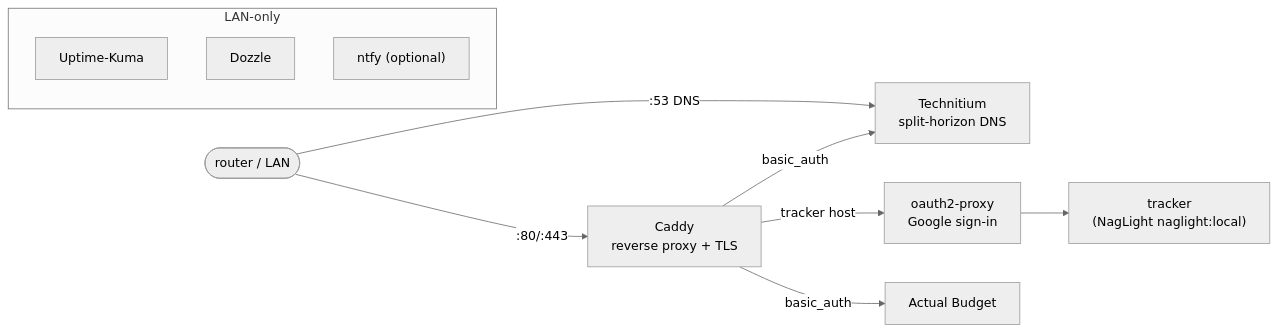
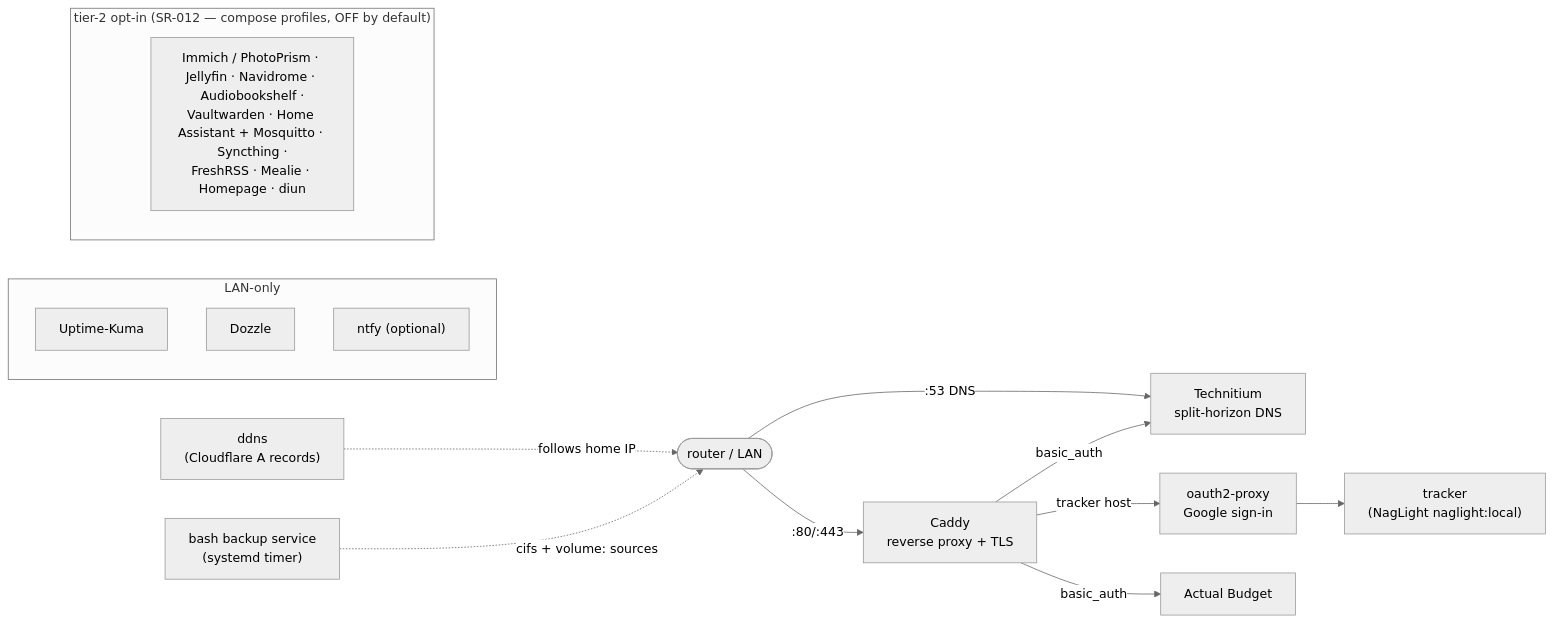
Before and after one commit to diytechy/MiniPC-Deployer: the diagram in docs/architecture.md, drawn with Mermaid (neutral theme). The commit also changed other lines of this file and 10 other files, not shown here.

First line of the commit message:
docs: currency pass — tier-2/backup/resolver reflected everywhere

````diff
--- a/docs/architecture.md
+++ b/docs/architecture.md
@@ -22,14 +22,19 @@
 ```mermaid
 graph LR
     net([router / LAN]) -->|:80/:443| caddy["Caddy<br/>reverse proxy + TLS"]
     net -->|:53 DNS| tech["Technitium<br/>split-horizon DNS"]
     caddy -->|tracker host| oauth["oauth2-proxy<br/>Google sign-in"]
     oauth --> tracker["tracker<br/>(NagLight naglight:local)"]
     caddy -->|basic_auth| actual["Actual Budget"]
     caddy -->|basic_auth| tech
+    ddns["ddns<br/>(Cloudflare A records)"] -.->|follows home IP| net
+    backup["bash backup service<br/>(systemd timer)"] -.->|cifs + volume: sources| net
     subgraph observability [LAN-only]
       kuma["Uptime-Kuma"]
       dozzle["Dozzle"]
       ntfy["ntfy (optional)"]
     end
+    subgraph tier2 ["tier-2 opt-in (SR-012 — compose profiles, OFF by default)"]
+      t2["Immich / PhotoPrism · Jellyfin · Navidrome · Audiobookshelf ·<br/>Vaultwarden · Home Assistant + Mosquitto · Syncthing ·<br/>FreshRSS · Mealie · Homepage · diun"]
+    end
 ```
````
